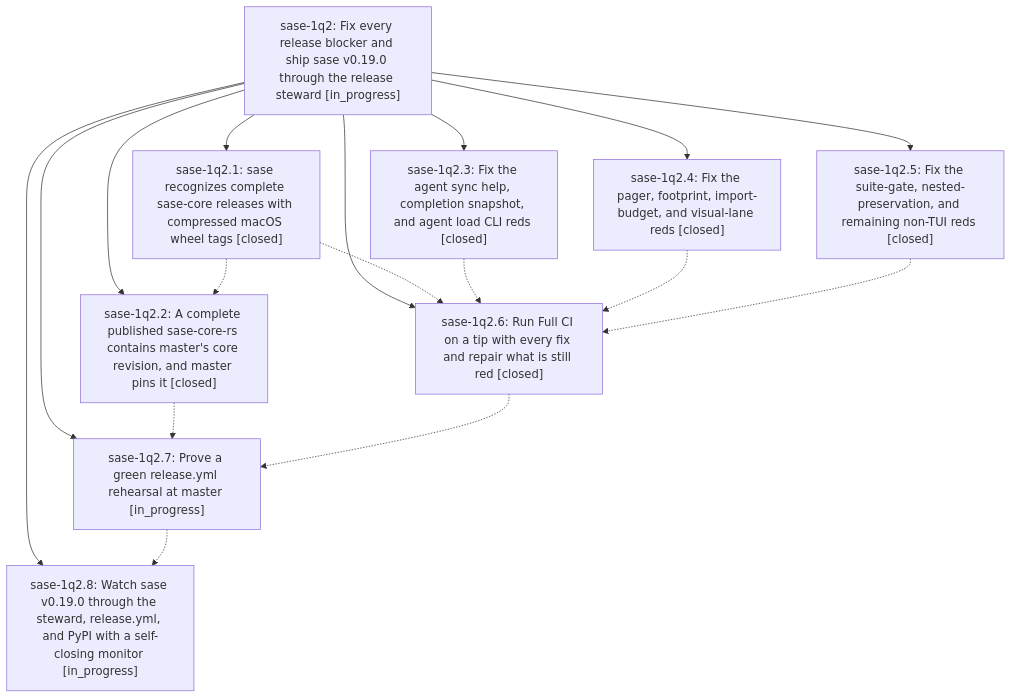
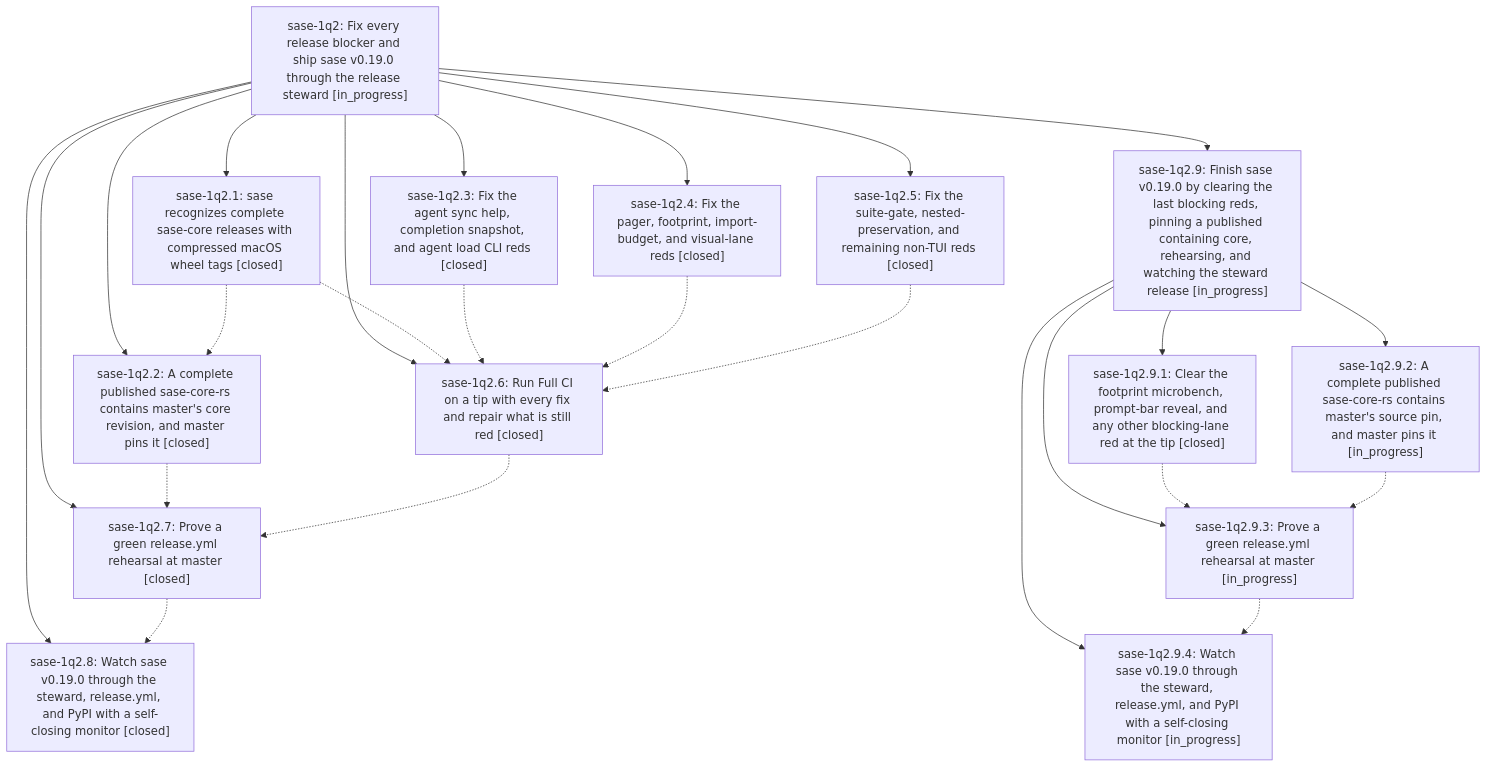
One commit to sase-org/sase--beads changed the diagram in pages/sase-1q2/README.md. Above: the diagram before and after it, drawn with Mermaid. The commit also changed other lines of this file and 13 other files, not shown here.

````diff
--- a/pages/sase-1q2/README.md
+++ b/pages/sase-1q2/README.md
@@ -49,28 +64,41 @@
 ```mermaid
 flowchart TD
     n0["sase-1q2: Fix every release blocker and ship sase v0.19.0 through the release steward [in_progress]"]
     n1["sase-1q2.1: sase recognizes complete sase-core releases with compressed macOS wheel tags [closed]"]
     n2["sase-1q2.2: A complete published sase-core-rs contains master's core revision, and master pins it [closed]"]
     n3["sase-1q2.3: Fix the agent sync help, completion snapshot, and agent load CLI reds [closed]"]
     n4["sase-1q2.4: Fix the pager, footprint, import-budget, and visual-lane reds [closed]"]
     n5["sase-1q2.5: Fix the suite-gate, nested-preservation, and remaining non-TUI reds [closed]"]
     n6["sase-1q2.6: Run Full CI on a tip with every fix and repair what is still red [closed]"]
-    n7["sase-1q2.7: Prove a green release.yml rehearsal at master [in_progress]"]
-    n8["sase-1q2.8: Watch sase v0.19.0 through the steward, release.yml, and PyPI with a self-closing monitor [in_progress]"]
+    n7["sase-1q2.7: Prove a green release.yml rehearsal at master [closed]"]
+    n8["sase-1q2.8: Watch sase v0.19.0 through the steward, release.yml, and PyPI with a self-closing monitor [closed]"]
+    n9["sase-1q2.9: Finish sase v0.19.0 by clearing the last blocking reds, pinning a published containing core, rehearsing, and watching the steward release [in_progress]"]
+    n10["sase-1q2.9.1: Clear the footprint microbench, prompt-bar reveal, and any other blocking-lane red at the tip [closed]"]
+    n11["sase-1q2.9.2: A complete published sase-core-rs contains master's source pin, and master pins it [in_progress]"]
+    n12["sase-1q2.9.3: Prove a green release.yml rehearsal at master [in_progress]"]
+    n13["sase-1q2.9.4: Watch sase v0.19.0 through the steward, release.yml, and PyPI with a self-closing monitor [in_progress]"]
     n0 --> n1
     n0 --> n2
     n0 --> n3
     n0 --> n4
     n0 --> n5
     n0 --> n6
     n0 --> n7
     n0 --> n8
+    n0 --> n9
+    n9 --> n10
+    n9 --> n11
+    n9 --> n12
+    n9 --> n13
     n1 -.-> n2
     n1 -.-> n6
     n2 -.-> n7
     n3 -.-> n6
     n4 -.-> n6
     n5 -.-> n6
     n6 -.-> n7
     n7 -.-> n8
+    n10 -.-> n12
+    n11 -.-> n12
+    n12 -.-> n13
 ```
````
